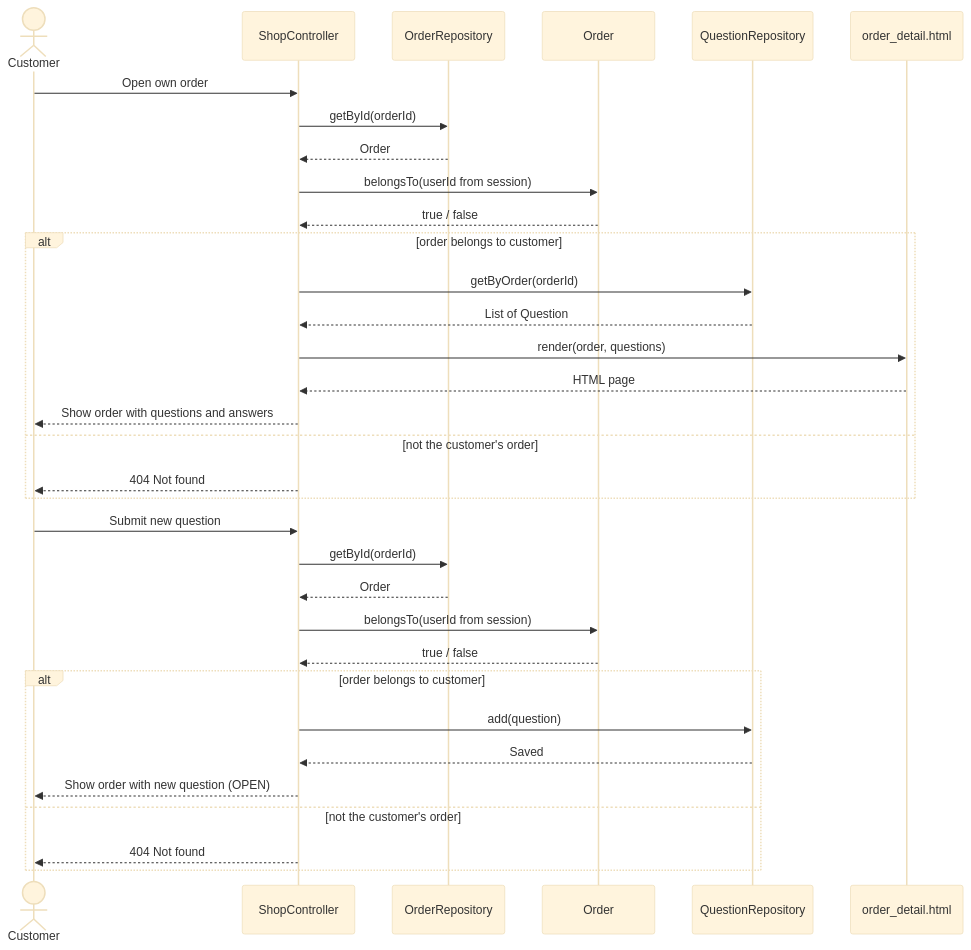
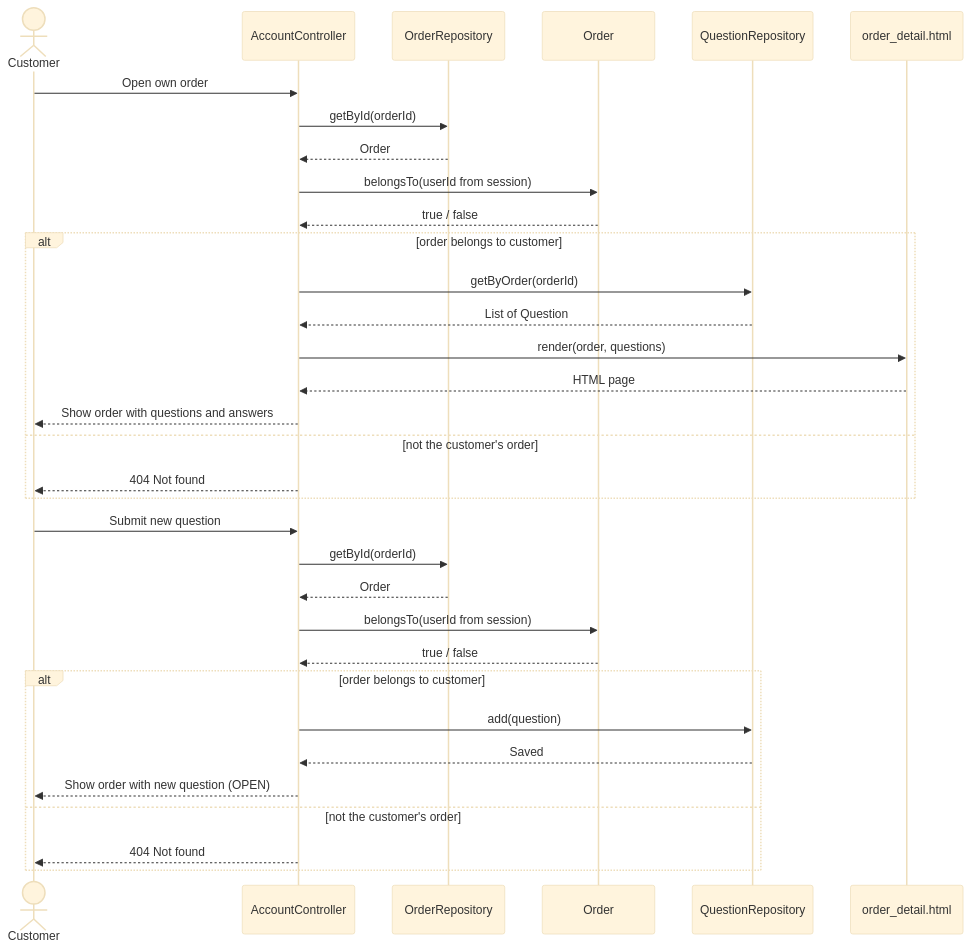
One commit to vikri8772/assignment4 changed the diagram in docs/plans/c5-qa-sequence.md. Above: the diagram before and after it, drawn with Mermaid (base theme).

Commit message:
Changed ShopController to AccountController

````diff
--- a/docs/plans/c5-qa-sequence.md
+++ b/docs/plans/c5-qa-sequence.md
@@ -1,37 +1,37 @@
 ```mermaid
 sequenceDiagram
     actor Customer
-    participant ShopController
+    participant AccountController
     participant OrderRepository
     participant Order
     participant QuestionRepository
     participant OrderTemplate as order_detail.html
 
-    Customer->>ShopController: Open own order
-    ShopController->>OrderRepository: getById(orderId)
-    OrderRepository-->>ShopController: Order
-    ShopController->>Order: belongsTo(userId from session)
-    Order-->>ShopController: true / false
+    Customer->>AccountController: Open own order
+    AccountController->>OrderRepository: getById(orderId)
+    OrderRepository-->>AccountController: Order
+    AccountController->>Order: belongsTo(userId from session)
+    Order-->>AccountController: true / false
     alt order belongs to customer
-        ShopController->>QuestionRepository: getByOrder(orderId)
-        QuestionRepository-->>ShopController: List of Question
-        ShopController->>OrderTemplate: render(order, questions)
-        OrderTemplate-->>ShopController: HTML page
-        ShopController-->>Customer: Show order with questions and answers
+        AccountController->>QuestionRepository: getByOrder(orderId)
+        QuestionRepository-->>AccountController: List of Question
+        AccountController->>OrderTemplate: render(order, questions)
+        OrderTemplate-->>AccountController: HTML page
+        AccountController-->>Customer: Show order with questions and answers
     else not the customer's order
-        ShopController-->>Customer: 404 Not found
+        AccountController-->>Customer: 404 Not found
     end
 
-    Customer->>ShopController: Submit new question
-    ShopController->>OrderRepository: getById(orderId)
-    OrderRepository-->>ShopController: Order
-    ShopController->>Order: belongsTo(userId from session)
-    Order-->>ShopController: true / false
+    Customer->>AccountController: Submit new question
+    AccountController->>OrderRepository: getById(orderId)
+    OrderRepository-->>AccountController: Order
+    AccountController->>Order: belongsTo(userId from session)
+    Order-->>AccountController: true / false
     alt order belongs to customer
-        ShopController->>QuestionRepository: add(question)
-        QuestionRepository-->>ShopController: Saved
-        ShopController-->>Customer: Show order with new question (OPEN)
+        AccountController->>QuestionRepository: add(question)
+        QuestionRepository-->>AccountController: Saved
+        AccountController-->>Customer: Show order with new question (OPEN)
     else not the customer's order
-        ShopController-->>Customer: 404 Not found
+        AccountController-->>Customer: 404 Not found
     end
 ```
````
